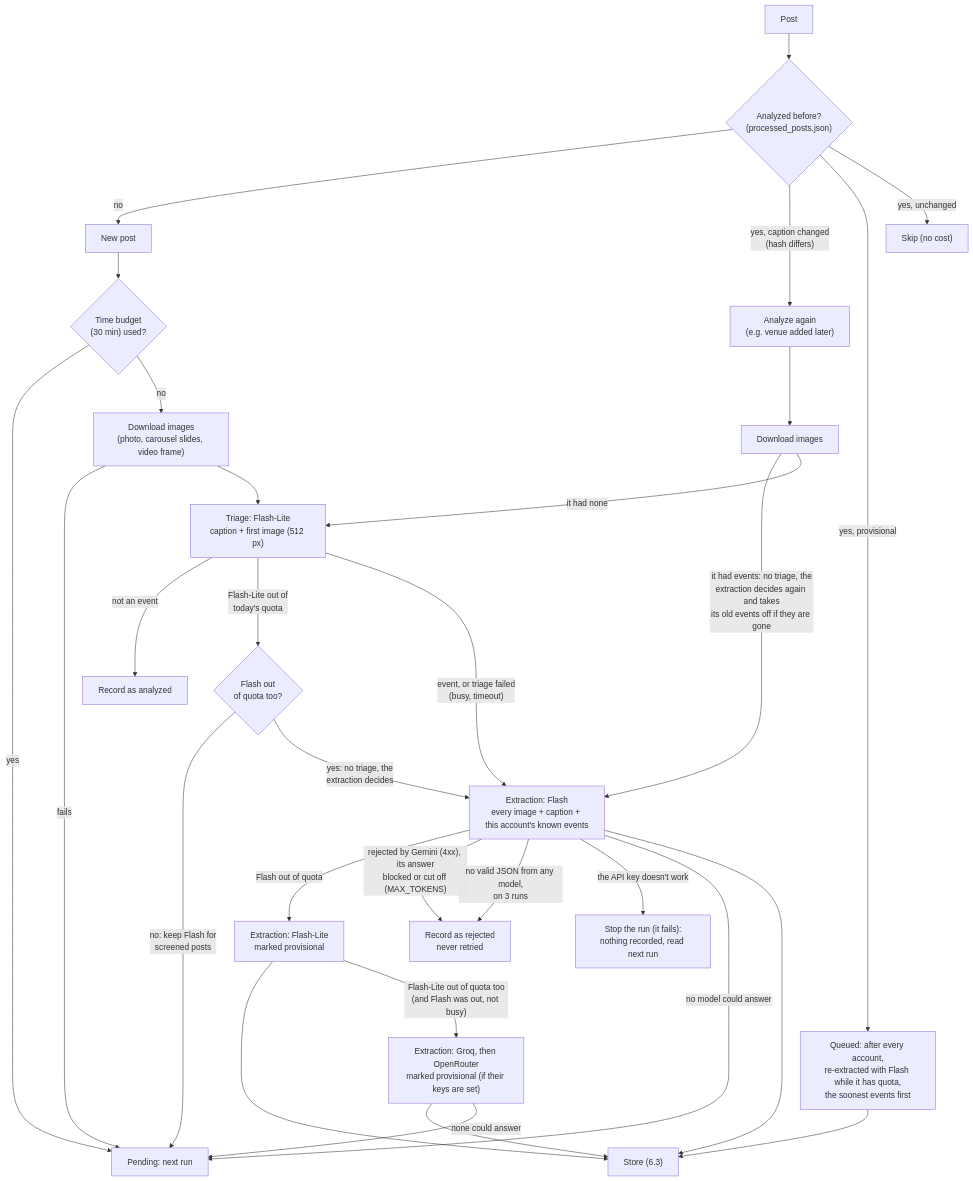
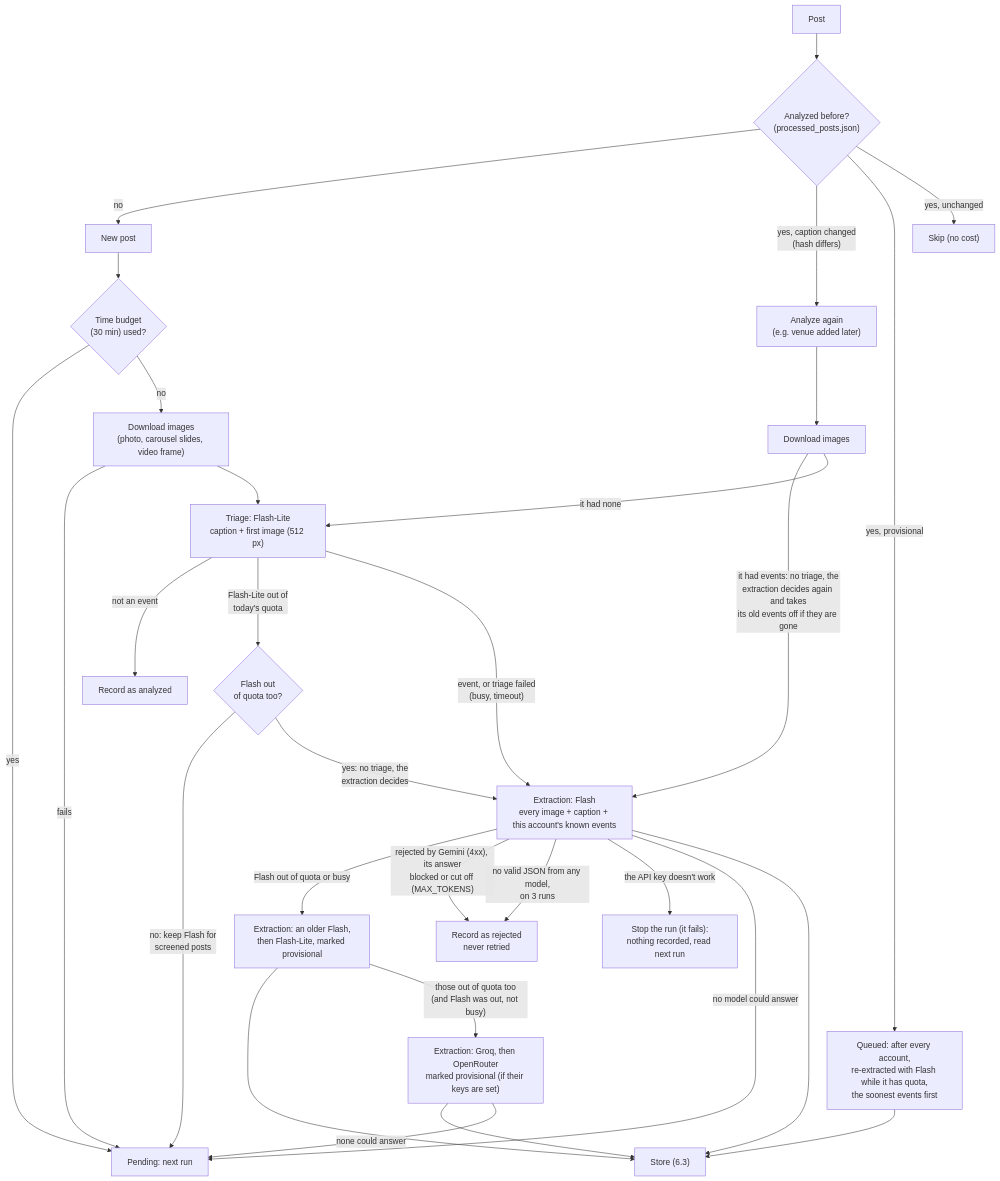
Before and after one commit to pa-bailar/backend: the fourth of 12 diagrams in docs/ARCHITECTURE.md, drawn with Mermaid. The commit also changed other lines of this file, not shown here.

````diff
--- a/docs/ARCHITECTURE.md
+++ b/docs/ARCHITECTURE.md
@@ -513,31 +530,31 @@
 ```mermaid
 flowchart TD
     P["Post"] --> Q{"Analyzed before?<br/>(processed_posts.json)"}
     Q -->|no| N["New post"]
     Q -->|"yes, caption changed<br/>(hash differs)"| RE["Analyze again<br/>(e.g. venue added later)"]
     Q -->|"yes, provisional"| UP["Queued: after every account,<br/>re-extracted with Flash while it has quota,<br/>the soonest events first"]
     Q -->|"yes, unchanged"| SKIP["Skip (no cost)"]
     N --> T{"Time budget<br/>(30 min) used?"}
     T -->|yes| PEND["Pending: next run"]
     T -->|no| IMG["Download images<br/>(photo, carousel slides, video frame)"]
     RE --> IMG2["Download images"] -->|"it had events: no triage, the<br/>extraction decides again and takes<br/>its old events off if they are gone"| EX
     IMG2 -->|"it had none"| TR
     IMG -->|fails| PEND
     IMG --> TR["Triage: Flash-Lite<br/>caption + first image (512 px)"]
     TR -->|"not an event"| REC["Record as analyzed"]
     TR -->|"Flash-Lite out of<br/>today's quota"| TLR{"Flash out<br/>of quota too?"}
     TLR -->|"no: keep Flash for<br/>screened posts"| PEND
     TLR -->|"yes: no triage, the<br/>extraction decides"| EX
     TR -->|"event, or triage failed<br/>(busy, timeout)"| EX["Extraction: Flash<br/>every image + caption + this account's known events"]
-    EX -->|"Flash out of quota"| PROV["Extraction: Flash-Lite<br/>marked provisional"]
+    EX -->|"Flash out of quota or busy"| PROV["Extraction: an older Flash,<br/>then Flash-Lite, marked provisional"]
     EX -->|"rejected by Gemini (4xx), its answer<br/>blocked or cut off (MAX_TOKENS)"| REJ["Record as rejected<br/>never retried"]
     EX -->|"no valid JSON from any model,<br/>on 3 runs"| REJ
     EX -->|"the API key doesn't work"| STOP["Stop the run (it fails):<br/>nothing recorded, read next run"]
     EX -->|"no model could answer"| PEND
     EX --> ST["Store (6.3)"]
     PROV --> ST
-    PROV -->|"Flash-Lite out of quota too<br/>(and Flash was out, not busy)"| LAST["Extraction: Groq, then OpenRouter<br/>marked provisional (if their keys are set)"]
+    PROV -->|"those out of quota too<br/>(and Flash was out, not busy)"| LAST["Extraction: Groq, then OpenRouter<br/>marked provisional (if their keys are set)"]
     LAST --> ST
     LAST -->|"none could answer"| PEND
     UP --> ST
 ```
````
